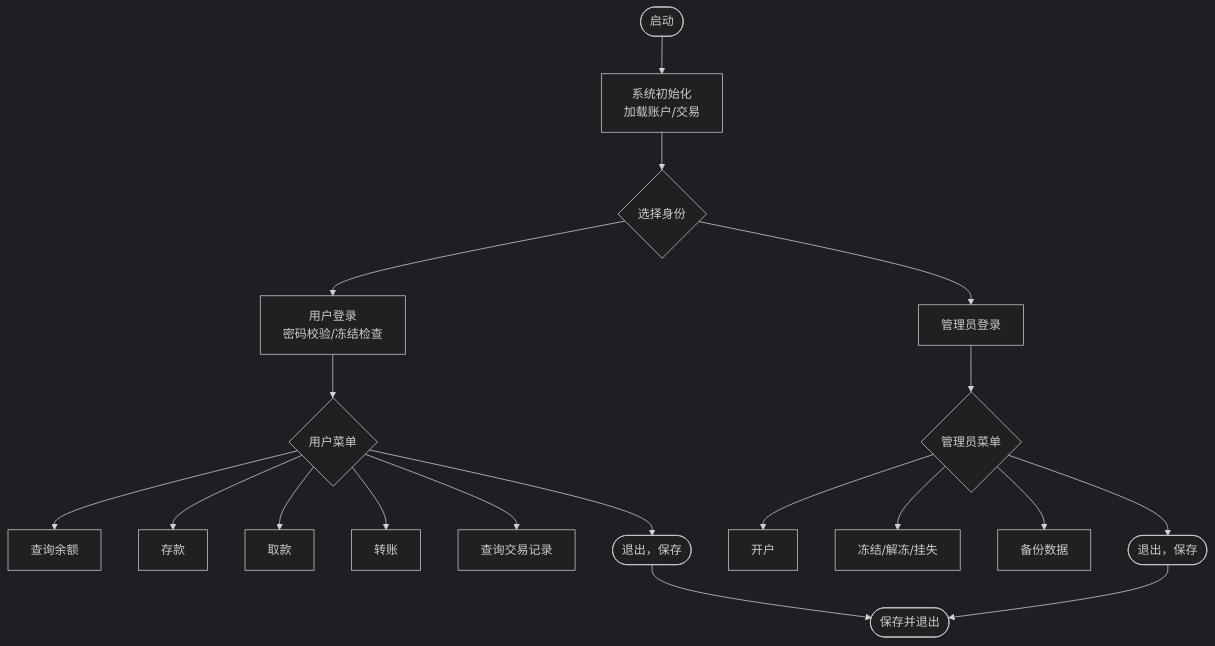
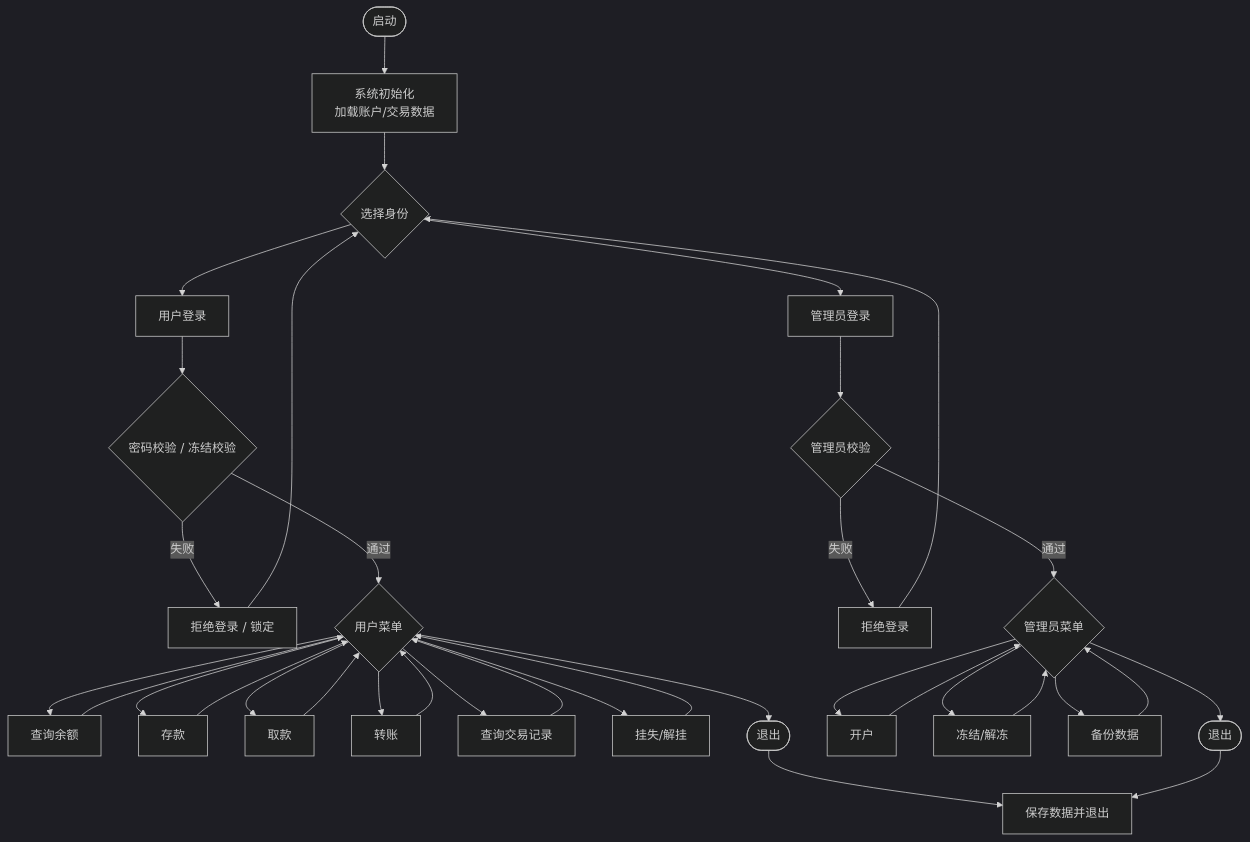
Before and after one commit to 233JUREN233/BankMiniSys: the first of 3 diagrams in README.md, drawn with Mermaid (dark theme). The commit also changed other lines of this file and 1 other file, not shown here.

````diff
--- a/README.md
+++ b/README.md
@@ -48,21 +48,41 @@
 ```mermaid
 flowchart TD
-    start([启动]) --> init[系统初始化<br/>加载账户/交易]
-    init --> choice{选择身份}
-    choice --> user[用户登录<br/>密码校验/冻结检查]
-    choice --> admin[管理员登录]
-    user --> menuU{用户菜单}
-    menuU --> bal[查询余额]
-    menuU --> dep[存款]
-    menuU --> wd[取款]
-    menuU --> tf[转账]
-    menuU --> qtrans[查询交易记录]
-    menuU --> exitU([退出，保存])
-    admin --> menuA{管理员菜单}
-    menuA --> open[开户]
-    menuA --> frz[冻结/解冻/挂失]
-    menuA --> backup[备份数据]
-    menuA --> exitA([退出，保存])
-    exitU --> save([保存并退出])
-    exitA --> save
+  start([启动]) --> init[系统初始化<br/>加载账户/交易数据]
+  init --> choice{选择身份}
+
+  choice --> user_login[用户登录]
+  choice --> admin_login[管理员登录]
+
+  user_login --> v_user{密码校验 / 冻结校验}
+  v_user -->|失败| block_user[拒绝登录 / 锁定] --> choice
+  v_user -->|通过| menu_u{用户菜单}
+
+  menu_u --> bal[查询余额]
+  menu_u --> dep[存款]
+  menu_u --> wd[取款]
+  menu_u --> tf[转账]
+  menu_u --> hist[查询交易记录]
+  menu_u --> lost[挂失/解挂]
+  menu_u --> exit_u([退出])
+  bal --> menu_u
+  dep --> menu_u
+  wd --> menu_u
+  tf --> menu_u
+  hist --> menu_u
+  lost --> menu_u
+
+  admin_login --> v_admin{管理员校验}
+  v_admin -->|失败| block_admin[拒绝登录] --> choice
+  v_admin -->|通过| menu_a{管理员菜单}
+
+  menu_a --> open[开户]
+  menu_a --> freeze[冻结/解冻]
+  menu_a --> backup[备份数据]
+  menu_a --> exit_a([退出])
+  open --> menu_a
+  freeze --> menu_a
+  backup --> menu_a
+
+  exit_u --> save[保存数据并退出]
+  exit_a --> save
 ```
````
